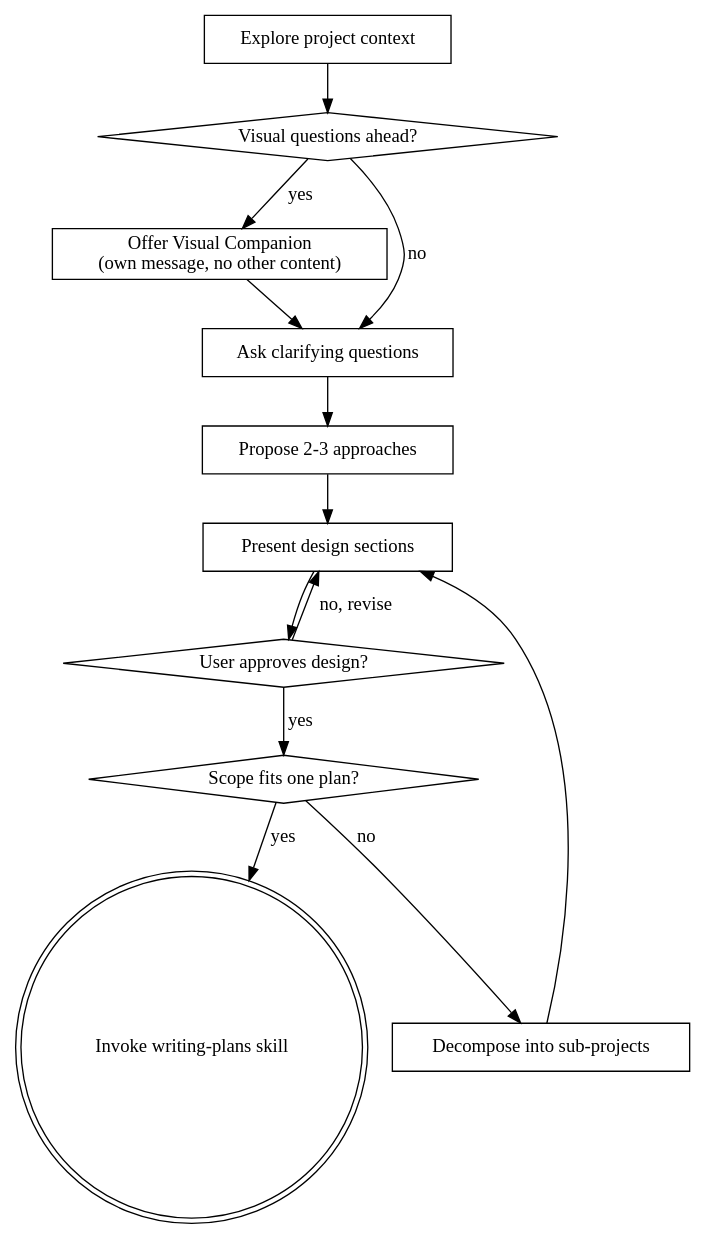
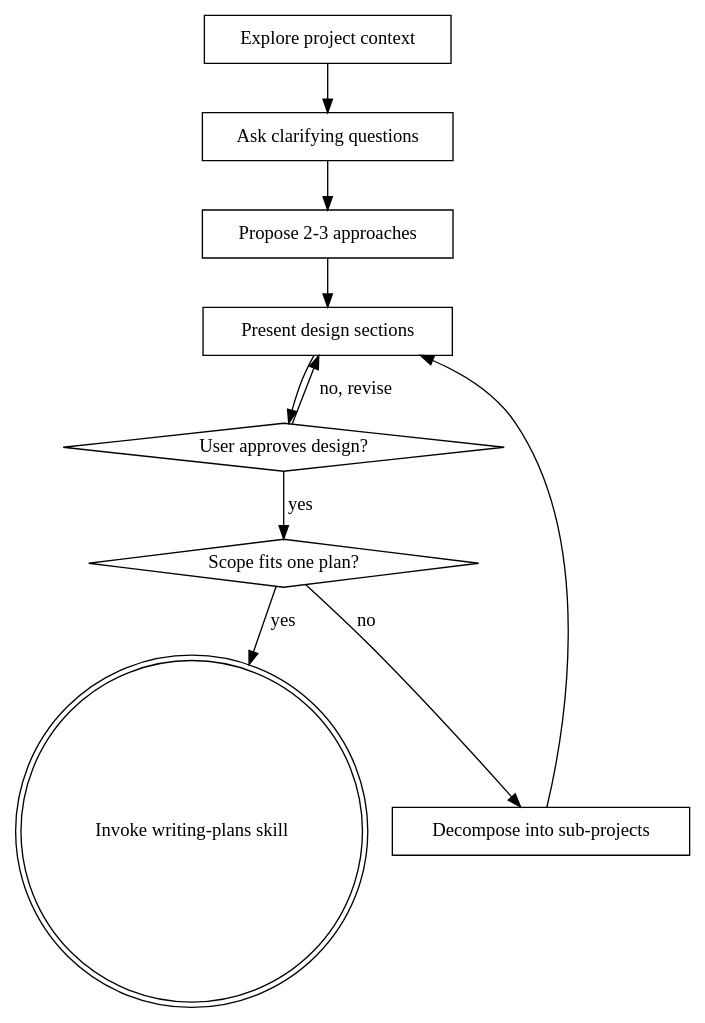
The diagram in skills/brainstorming/SKILL.md (chitao1234/superpowers), drawn with Graphviz before and after one commit. The commit also changed other lines of this file and 11 other files, not shown here.

Commit message:
Remove visual brainstorming companion

````diff
--- a/skills/brainstorming/SKILL.md
+++ b/skills/brainstorming/SKILL.md
@@ -34,27 +33,22 @@
 ```dot
 digraph brainstorming {
     "Explore project context" [shape=box];
-    "Visual questions ahead?" [shape=diamond];
-    "Offer Visual Companion\n(own message, no other content)" [shape=box];
     "Ask clarifying questions" [shape=box];
     "Propose 2-3 approaches" [shape=box];
     "Present design sections" [shape=box];
     "User approves design?" [shape=diamond];
     "Scope fits one plan?" [shape=diamond];
     "Decompose into sub-projects" [shape=box];
     "Invoke writing-plans skill" [shape=doublecircle];
 
-    "Explore project context" -> "Visual questions ahead?";
-    "Visual questions ahead?" -> "Offer Visual Companion\n(own message, no other content)" [label="yes"];
-    "Visual questions ahead?" -> "Ask clarifying questions" [label="no"];
-    "Offer Visual Companion\n(own message, no other content)" -> "Ask clarifying questions";
+    "Explore project context" -> "Ask clarifying questions";
     "Ask clarifying questions" -> "Propose 2-3 approaches";
     "Propose 2-3 approaches" -> "Present design sections";
     "Present design sections" -> "User approves design?";
     "User approves design?" -> "Present design sections" [label="no, revise"];
     "User approves design?" -> "Scope fits one plan?" [label="yes"];
     "Scope fits one plan?" -> "Decompose into sub-projects" [label="no"];
     "Decompose into sub-projects" -> "Present design sections";
     "Scope fits one plan?" -> "Invoke writing-plans skill" [label="yes"];
 }
 ```
````
